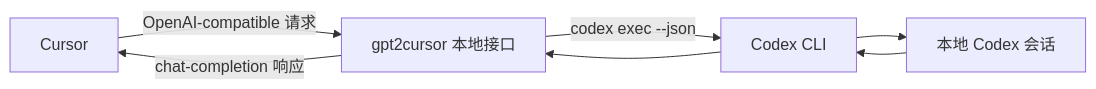
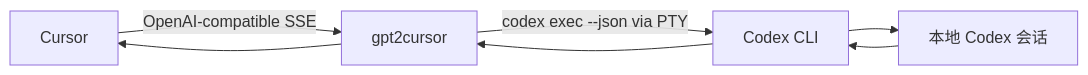
The diagram in README-CN.md (ingeniousfrog/gpt2cursor), drawn with Mermaid before and after one commit. The commit also changed other lines of this file and 3 other files, not shown here.

````diff
--- a/README-CN.md
+++ b/README-CN.md
@@ -53,14 +86,14 @@
 ```mermaid
 flowchart LR
   Cursor["Cursor"]
-  LocalEndpoint["gpt2cursor 本地接口"]
+  LocalEndpoint["gpt2cursor"]
   CodexCLI["Codex CLI"]
   CodexSession["本地 Codex 会话"]
 
-  Cursor -->|"OpenAI-compatible 请求"| LocalEndpoint
-  LocalEndpoint -->|"codex exec --json"| CodexCLI
+  Cursor -->|"OpenAI-compatible SSE"| LocalEndpoint
+  LocalEndpoint -->|"codex exec --json via PTY"| CodexCLI
   CodexCLI --> CodexSession
   CodexSession --> CodexCLI
   CodexCLI --> LocalEndpoint
-  LocalEndpoint -->|"chat-completion 响应"| Cursor
+  LocalEndpoint --> Cursor
 ```
````
